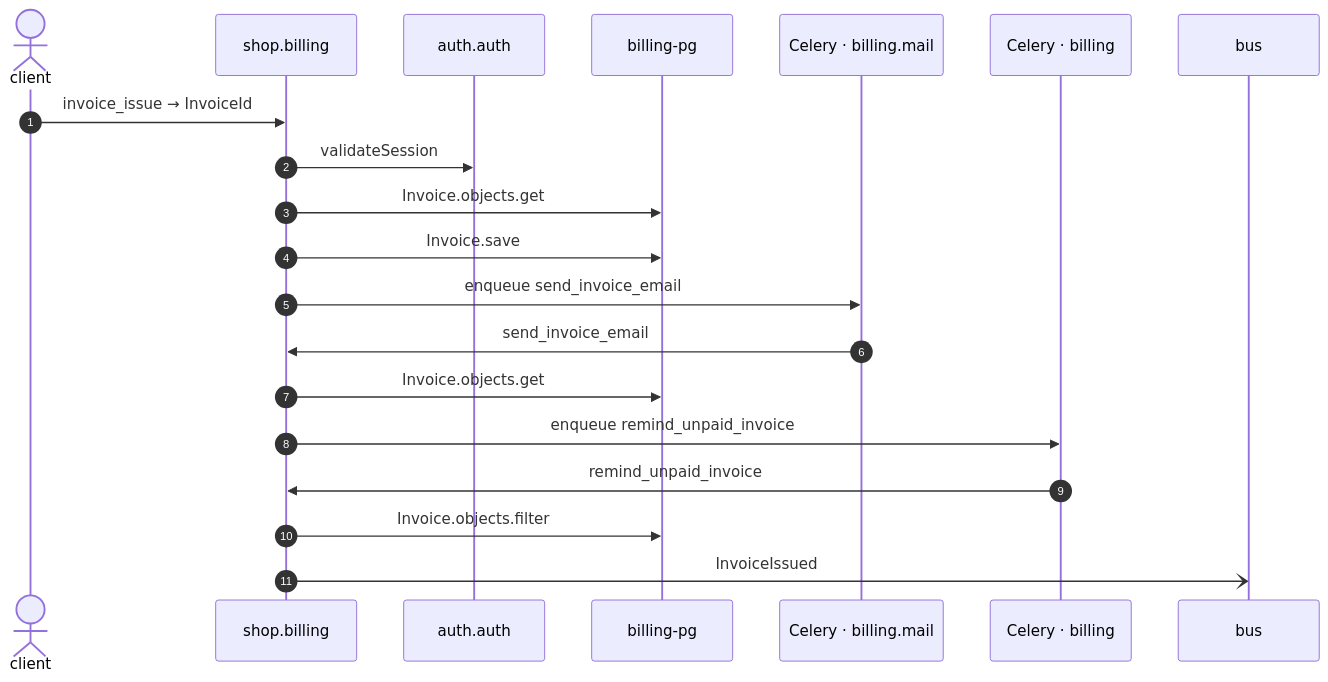
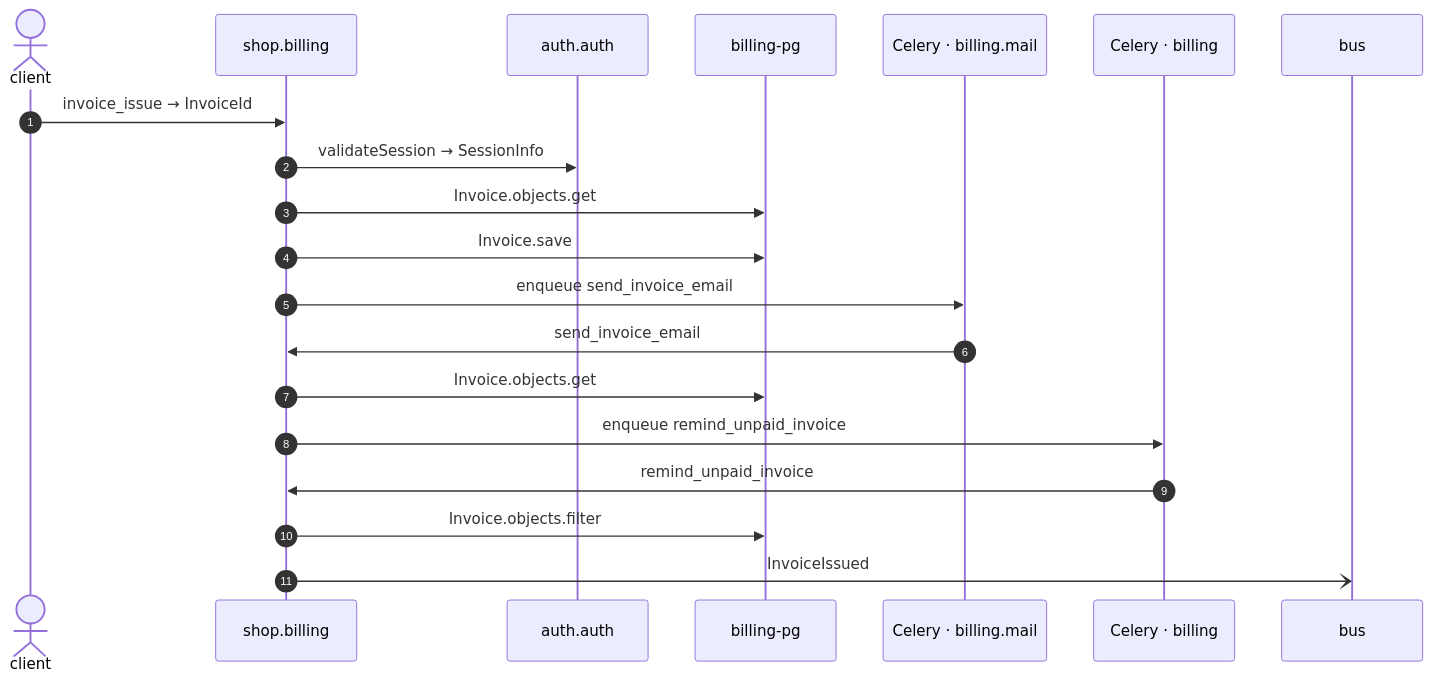
Before and after one commit to shortlink-org/portolan: the diagram in docs/example/flows/billing-invoice-issue.md, drawn with Mermaid. The commit also changed other lines of this file and 47 other files, not shown here.

````diff
--- a/docs/example/flows/billing-invoice-issue.md
+++ b/docs/example/flows/billing-invoice-issue.md
@@ -25,22 +25,22 @@
 ```mermaid
 sequenceDiagram
     autonumber
     actor p0 as client
     participant p1 as shop.billing
     participant p2 as auth.auth
     participant p3 as billing-pg
     participant p4 as Celery · billing.mail
     participant p5 as Celery · billing
     participant p6 as bus
     p0->>p1: invoice_issue → InvoiceId
-    p1->>p2: validateSession
+    p1->>p2: validateSession → SessionInfo
     p1->>p3: Invoice.objects.get
     p1->>p3: Invoice.save
     p1->>p4: enqueue send_invoice_email
     p4->>p1: send_invoice_email
     p1->>p3: Invoice.objects.get
     p1->>p5: enqueue remind_unpaid_invoice
     p5->>p1: remind_unpaid_invoice
     p1->>p3: Invoice.objects.filter
     p1-)p6: InvoiceIssued
 ```
````
